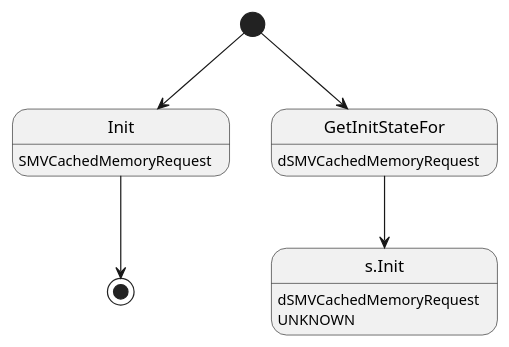
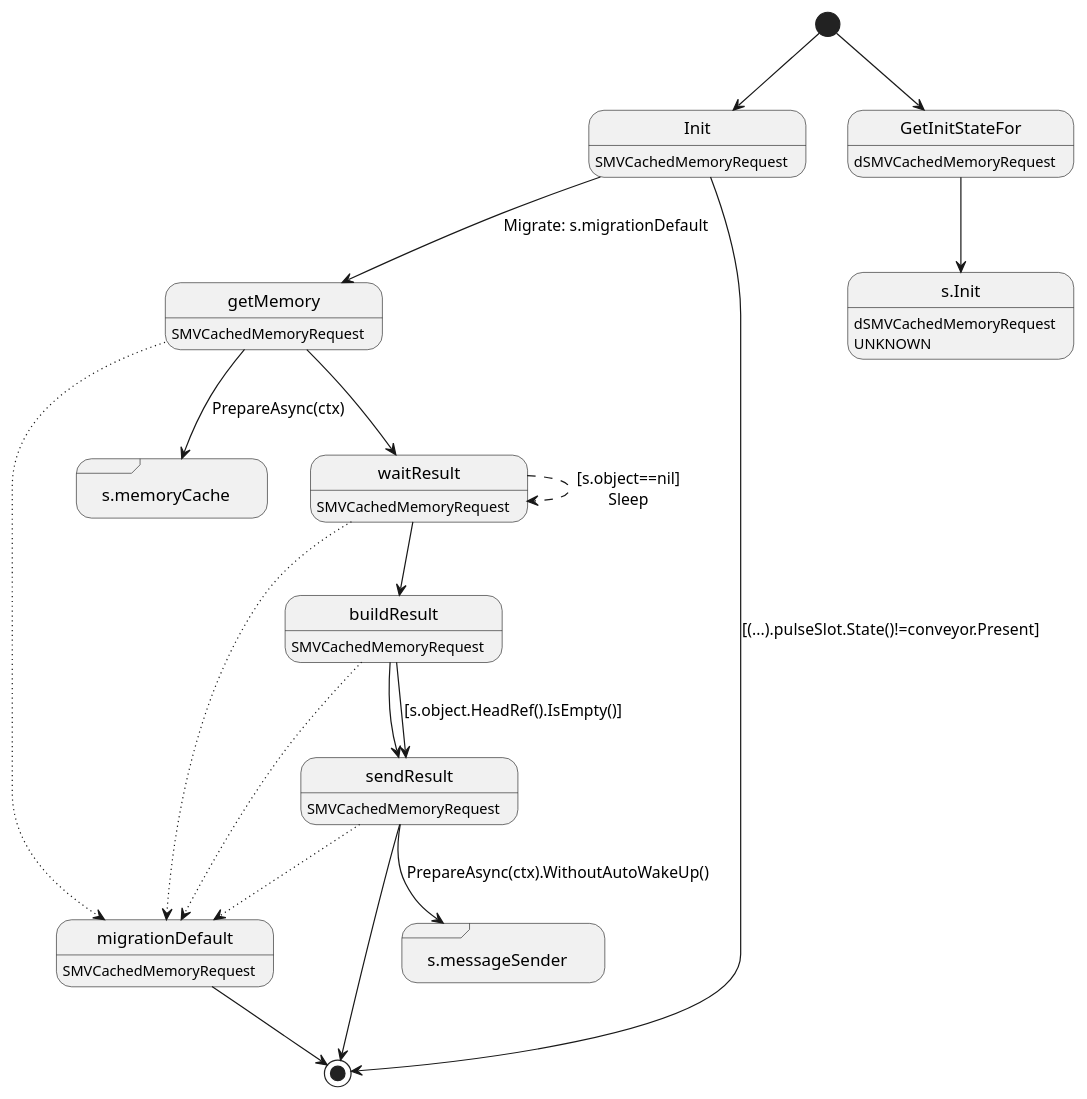
Before and after one commit to insolar/assured-ledger: the diagram in ledger-core/virtual/handlers/vcachedmemoryrequest.plantuml, drawn with PlantUML.

Commit message:
PLAT-751: fix uml

```diff
--- a/ledger-core/virtual/handlers/vcachedmemoryrequest.plantuml
+++ b/ledger-core/virtual/handlers/vcachedmemoryrequest.plantuml
@@ -1,13 +1,39 @@
 @startuml
-state "Init" as T01_S001
+state "Init" as T01_S002
+T01_S002 : SMVCachedMemoryRequest
+[*] --> T01_S002
+T01_S002 --> [*] : [(...).pulseSlot.State()!=conveyor.Present]
+T01_S002 --> T01_S003 : Migrate: s.migrationDefault
+state "buildResult" as T01_S006
+T01_S006 : SMVCachedMemoryRequest
+T01_S006 --[dotted]> T01_S001
+T01_S006 --> T01_S007 : [s.object.HeadRef().IsEmpty()]
+T01_S006 --> T01_S007
+state "getMemory" as T01_S003
+T01_S003 : SMVCachedMemoryRequest
+T01_S003 --[dotted]> T01_S001
+T01_S003 --> T01_S004 : PrepareAsync(ctx)
+T01_S003 --> T01_S005
+state "migrationDefault" as T01_S001
 T01_S001 : SMVCachedMemoryRequest
-[*] --> T01_S001
 T01_S001 --> [*]
+state "s.memoryCache" as T01_S004 <<sdlreceive>>
+state "s.messageSender" as T01_S008 <<sdlreceive>>
+state "sendResult" as T01_S007
+T01_S007 : SMVCachedMemoryRequest
+T01_S007 --[dotted]> T01_S001
+T01_S007 --> T01_S008 : PrepareAsync(ctx).WithoutAutoWakeUp()
+T01_S007 --> [*]
+state "waitResult" as T01_S005
+T01_S005 : SMVCachedMemoryRequest
+T01_S005 --[dotted]> T01_S001
+T01_S005 --[dashed]> T01_S005 : [s.object==nil]\nSleep
+T01_S005 --> T01_S006
 state "GetInitStateFor" as T00_S001
 T00_S001 : dSMVCachedMemoryRequest
 [*] --> T00_S001
 state "s.Init" as T00_U001
 T00_U001 : dSMVCachedMemoryRequest
 T00_U001 : UNKNOWN 
 T00_S001 --> T00_U001
 @enduml
```
